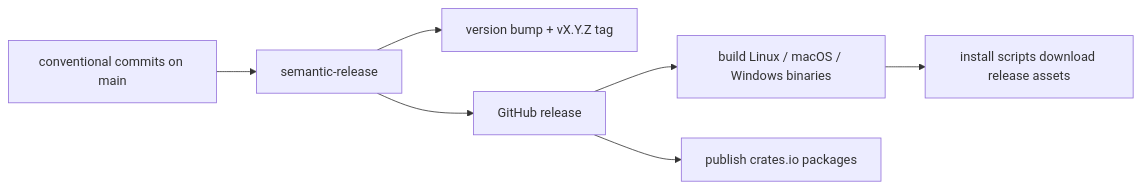
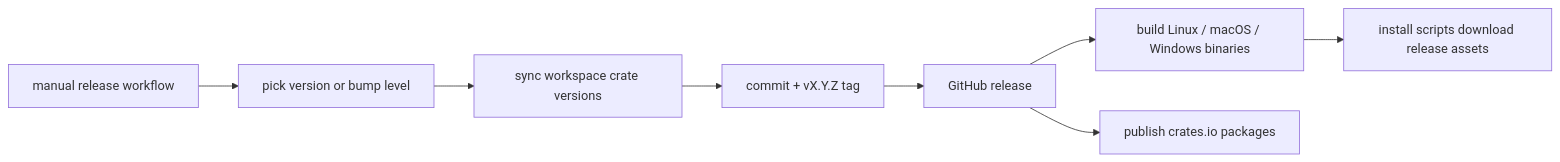
One commit to chaqchase/syft changed the first of 2 diagrams in docs/releasing.md. Above: the diagram before and after it, drawn with Mermaid. The commit also changed other lines of this file and 13 other files, not shown here.

Commit message:
chore: update workspace crate versions to 0.2.0 and remove semantic-release workflow

````diff
--- a/docs/releasing.md
+++ b/docs/releasing.md
@@ -9,9 +9,10 @@
 ```mermaid
 flowchart LR
-    commits["conventional commits on main"] --> semrel["semantic-release"]
-    semrel --> tag["version bump + vX.Y.Z tag"]
-    semrel --> ghrel["GitHub release"]
+    dispatch["manual release workflow"] --> version["pick version or bump level"]
+    version --> sync["sync workspace crate versions"]
+    sync --> tag["commit + vX.Y.Z tag"]
+    tag --> ghrel["GitHub release"]
     ghrel --> binaries["build Linux / macOS / Windows binaries"]
     ghrel --> crates["publish crates.io packages"]
     binaries --> install["install scripts download release assets"]
 ```
````
